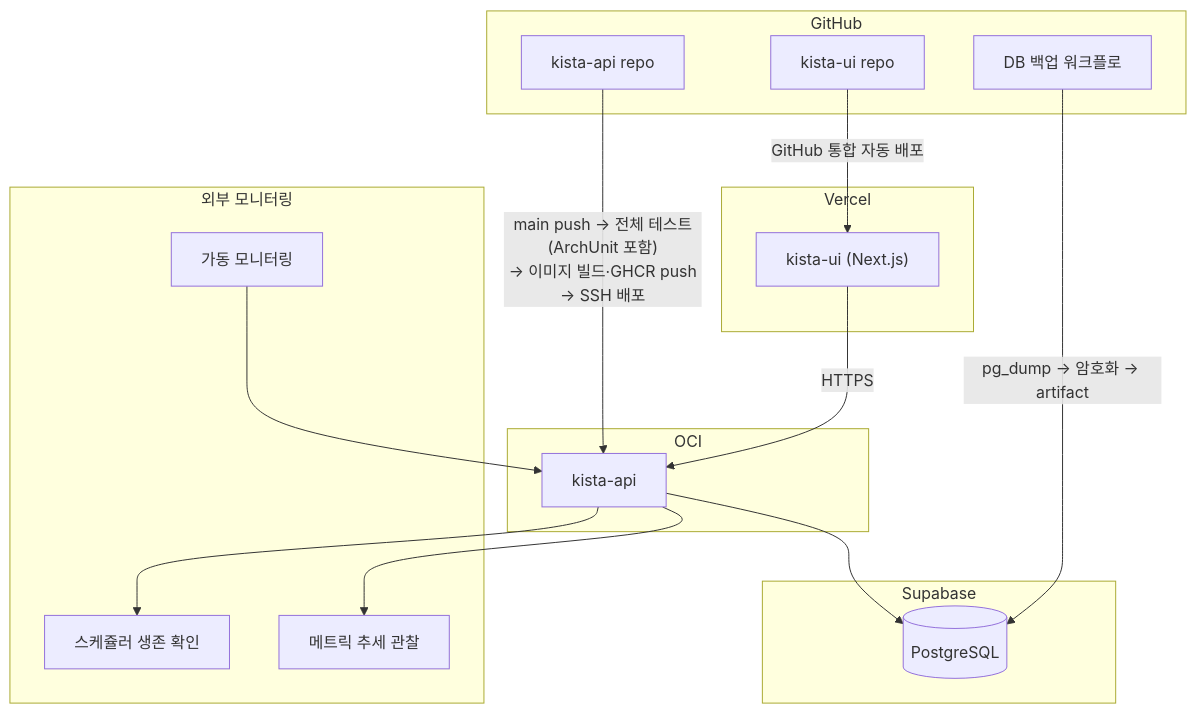
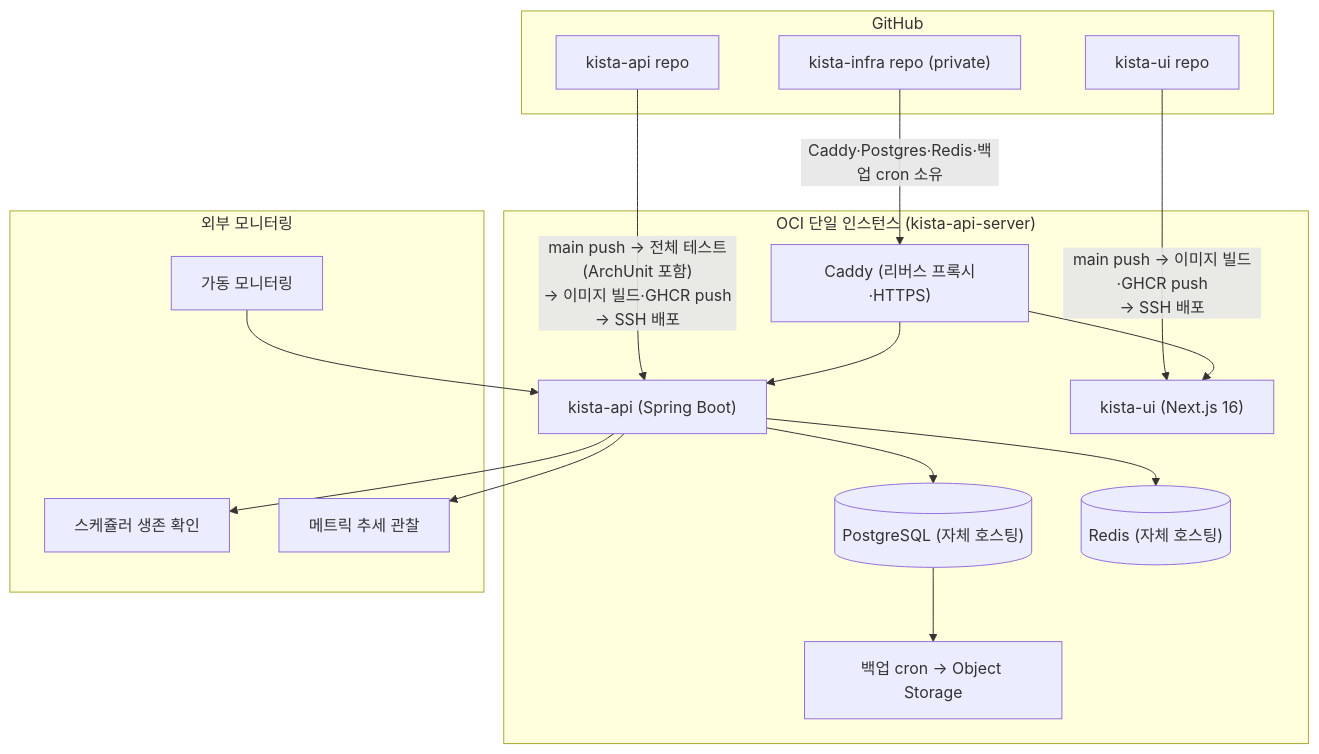
One commit to narafu/kista-api changed the third of 3 diagrams in README.md. Above: the diagram before and after it, drawn with Mermaid. The commit also changed other lines of this file and 5 other files, not shown here.

````diff
--- a/README.md
+++ b/README.md
@@ -88,35 +88,35 @@
 ```mermaid
 graph TB
     subgraph GH["GitHub"]
         RepoUI["kista-ui repo"]
         RepoAPI["kista-api repo"]
-        BackupAction["DB 백업 워크플로"]
+        RepoInfra["kista-infra repo (private)"]
     end
 
-    subgraph VercelInfra["Vercel"]
-        UIApp["kista-ui (Next.js)"]
-    end
-
-    subgraph OciInfra["OCI"]
-        APIApp["kista-api"]
-    end
-
-    subgraph SupaInfra["Supabase"]
-        PG2[("PostgreSQL")]
+    subgraph OciInfra["OCI 단일 인스턴스 (kista-api-server)"]
+        Caddy["Caddy (리버스 프록시·HTTPS)"]
+        APIApp["kista-api (Spring Boot)"]
+        UIApp["kista-ui (Next.js 16)"]
+        PG[("PostgreSQL (자체 호스팅)")]
+        Redis[("Redis (자체 호스팅)")]
+        Backup["백업 cron → Object Storage"]
     end
 
     subgraph Monitoring["외부 모니터링"]
         Uptime["가동 모니터링"]
         HC["스케쥴러 생존 확인"]
         Grafana["메트릭 추세 관찰"]
     end
 
-    RepoUI -->|"GitHub 통합 자동 배포"| UIApp
+    RepoUI -->|"main push → 이미지 빌드·GHCR push<br/>→ SSH 배포"| UIApp
     RepoAPI -->|"main push → 전체 테스트(ArchUnit 포함)<br/>→ 이미지 빌드·GHCR push<br/>→ SSH 배포"| APIApp
-    UIApp -->|"HTTPS"| APIApp
-    APIApp --> PG2
-    BackupAction -->|"pg_dump → 암호화 → artifact"| PG2
+    RepoInfra -->|"Caddy·Postgres·Redis·백업 cron 소유"| Caddy
+    Caddy --> APIApp
+    Caddy --> UIApp
+    APIApp --> PG
+    APIApp --> Redis
+    PG --> Backup
     Uptime --> APIApp
     APIApp --> HC
     APIApp --> Grafana
 ```
````
